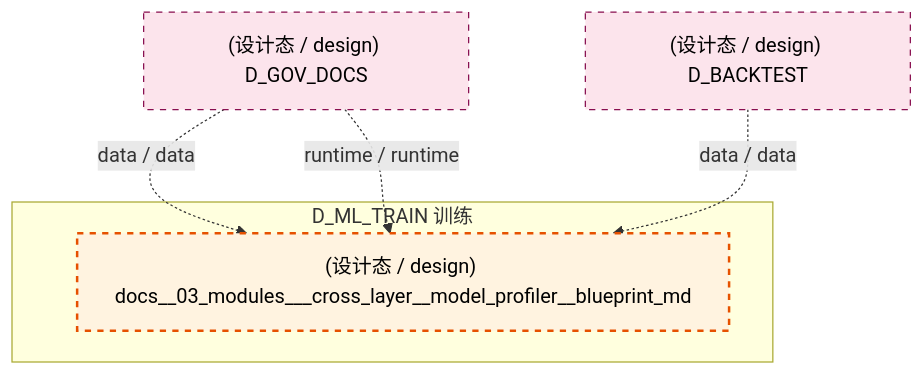
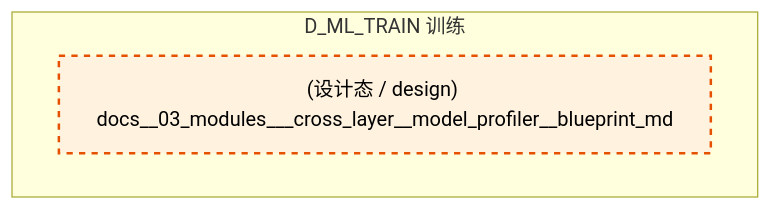
The second of 4 diagrams in docs/02_enterprise_architecture/02_domain_architecture_docs/50_d_ml_train.md (xuanFelixVan/ZephyrAlpha), drawn with Mermaid before and after one commit. The commit also changed other lines of this file and 101 other files, not shown here.

````diff
--- a/docs/02_enterprise_architecture/02_domain_architecture_docs/50_d_ml_train.md
+++ b/docs/02_enterprise_architecture/02_domain_architecture_docs/50_d_ml_train.md
@@ -113,17 +112,11 @@
 ```mermaid
 graph TD
     subgraph D_ML_TRAIN["D_ML_TRAIN 训练"]
         docs_03_modules_cross_layer_model_profiler_blueprint_md["(设计态 / design) docs__03_modules___cross_layer__model_profiler__blueprint_md"]
     end
-    D_GOV_DOCS["(设计态 / design) D_GOV_DOCS"]
-    D_GOV_DOCS -.->|data / data| docs_03_modules_cross_layer_model_profiler_blueprint_md
-    D_GOV_DOCS -.->|runtime / runtime| docs_03_modules_cross_layer_model_profiler_blueprint_md
-    D_BACKTEST["(设计态 / design) D_BACKTEST"]
-    D_BACKTEST -.->|data / data| docs_03_modules_cross_layer_model_profiler_blueprint_md
     classDef production fill:#e1f5fe,stroke:#01579b,stroke-width:2px,color:#000
     classDef design fill:#fff3e0,stroke:#e65100,stroke-width:2px,color:#000,stroke-dasharray: 5 5
     classDef external_prod fill:#e8f5e9,stroke:#1b5e20,stroke-width:1px,color:#000
     classDef external_design fill:#fce4ec,stroke:#880e4f,stroke-width:1px,color:#000,stroke-dasharray: 5 5
     class docs_03_modules_cross_layer_model_profiler_blueprint_md design
-    class D_GOV_DOCS,D_BACKTEST external_design
 ```
````
